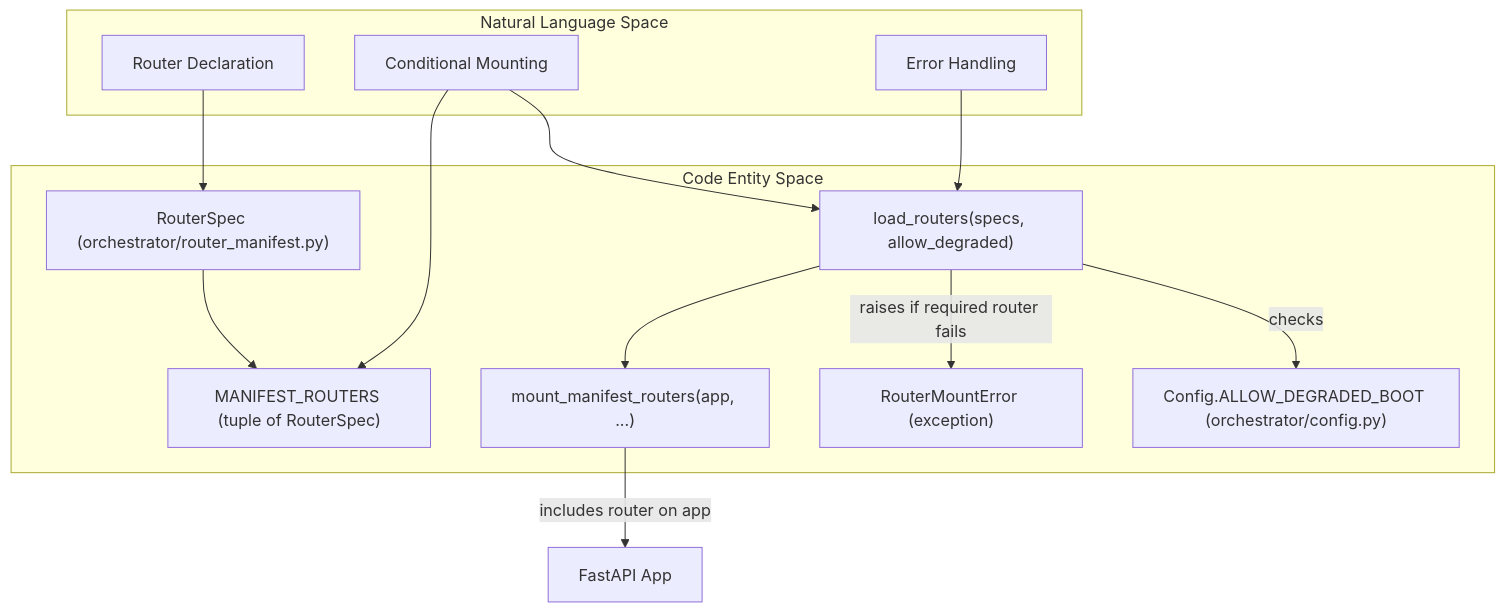
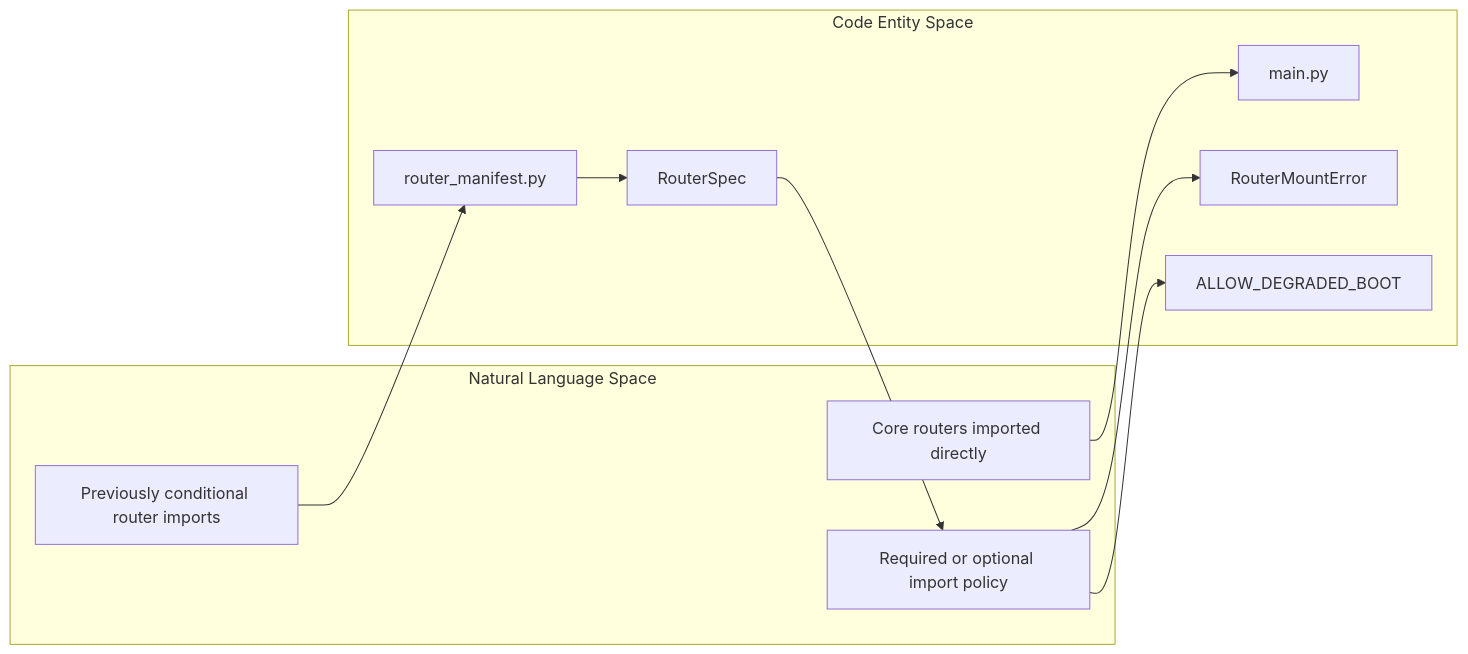
The second of 2 diagrams in docs/backend-architecture/api-router-organization.md (AutomatosAI/automatos-ai), drawn with Mermaid before and after one commit. The commit also changed other lines of this file and 188 other files, not shown here.

First line of the commit message:
docs: refresh architecture docs and add coverage for new subsystems (#1416)

````diff
--- a/docs/backend-architecture/api-router-organization.md
+++ b/docs/backend-architecture/api-router-organization.md
@@ -120,27 +111,23 @@
 ```mermaid
-graph TD
-    subgraph "Natural Language Space"
-        RouterDeclaration["Router Declaration"]
-        ConditionalMounting["Conditional Mounting"]
-        ErrorHandling["Error Handling"]
+flowchart LR
+    subgraph NaturalLanguageSpace["Natural Language Space"]
+        CoreRouters["Core routers imported directly"]
+        ConditionalRouters["Previously conditional router imports"]
+        ImportPolicy["Required or optional import policy"]
     end
 
-    subgraph "Code Entity Space"
-        RouterSpecClass["RouterSpec (orchestrator/router_manifest.py)"]
-        ManifestRouters["MANIFEST_ROUTERS (tuple of RouterSpec)"]
-        LoadRoutersFunc["load_routers(specs, allow_degraded)"]
-        MountManifestRoutersFunc["mount_manifest_routers(app, ...)"]
-        RouterMountErrorClass["RouterMountError (exception)"]
-        ConfigAllowDegraded["Config.ALLOW_DEGRADED_BOOT (orchestrator/config.py)"]
+    subgraph CodeEntitySpace["Code Entity Space"]
+        MainModule["main.py"]
+        Manifest["router_manifest.py"]
+        RouterSpec["RouterSpec"]
+        MountError["RouterMountError"]
+        DegradedBoot["ALLOW_DEGRADED_BOOT"]
     end
 
-    RouterDeclaration --> RouterSpecClass
-    RouterSpecClass --> ManifestRouters
-    ConditionalMounting --> ManifestRouters
-    ConditionalMounting --> LoadRoutersFunc
-    LoadRoutersFunc --> MountManifestRoutersFunc
-    ErrorHandling --> LoadRoutersFunc
-    LoadRoutersFunc -- "raises if required router fails" --> RouterMountErrorClass
-    LoadRoutersFunc -- "checks" --> ConfigAllowDegraded
-    MountManifestRoutersFunc -- "includes router on app" --> App["FastAPI App"]
+    CoreRouters --> MainModule
+    ConditionalRouters --> Manifest
+    Manifest --> RouterSpec
+    RouterSpec --> ImportPolicy
+    ImportPolicy --> MountError
+    ImportPolicy --> DegradedBoot
 ```
````
